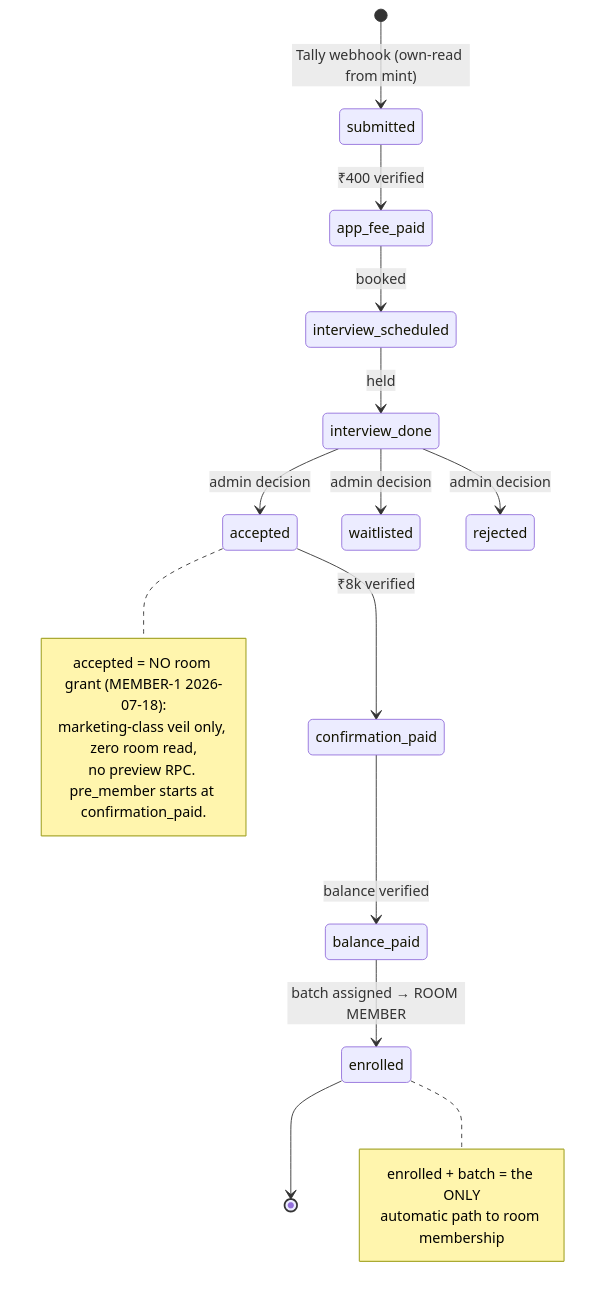
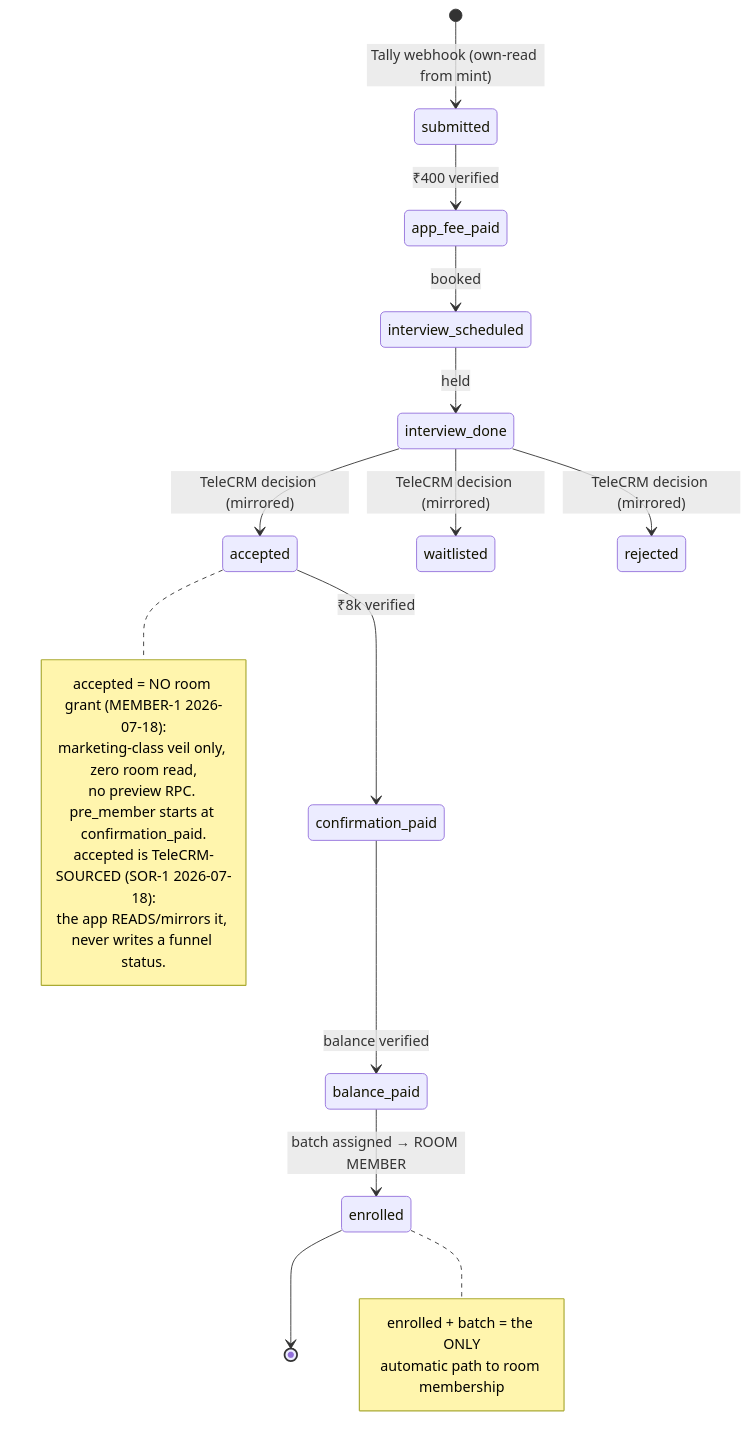
Before and after one commit to levelupadmin/LevelUp-Main-App: the third of 4 diagrams in design/cohorts/docs/05-ACCESS-SECURITY.md, drawn with Mermaid. The commit also changed other lines of this file and 39 other files, not shown here.

````diff
--- a/design/cohorts/docs/05-ACCESS-SECURITY.md
+++ b/design/cohorts/docs/05-ACCESS-SECURITY.md
@@ -153,24 +153,26 @@
 ```mermaid
 stateDiagram-v2
     [*] --> submitted: Tally webhook (own-read from mint)
     submitted --> app_fee_paid: ₹400 verified
     app_fee_paid --> interview_scheduled: booked
     interview_scheduled --> interview_done: held
-    interview_done --> accepted: admin decision
-    interview_done --> waitlisted: admin decision
-    interview_done --> rejected: admin decision
+    interview_done --> accepted: TeleCRM decision (mirrored)
+    interview_done --> waitlisted: TeleCRM decision (mirrored)
+    interview_done --> rejected: TeleCRM decision (mirrored)
     accepted --> confirmation_paid: ₹8k verified
     confirmation_paid --> balance_paid: balance verified
     balance_paid --> enrolled: batch assigned → ROOM MEMBER
     enrolled --> [*]
 
     note right of accepted
         accepted = NO room grant (MEMBER-1 2026-07-18):
         marketing-class veil only, zero room read,
         no preview RPC. pre_member starts at confirmation_paid.
+        accepted is TeleCRM-SOURCED (SOR-1 2026-07-18):
+        the app READS/mirrors it, never writes a funnel status.
     end note
     note right of enrolled
         enrolled + batch = the ONLY
         automatic path to room membership
     end note
 ```
````
